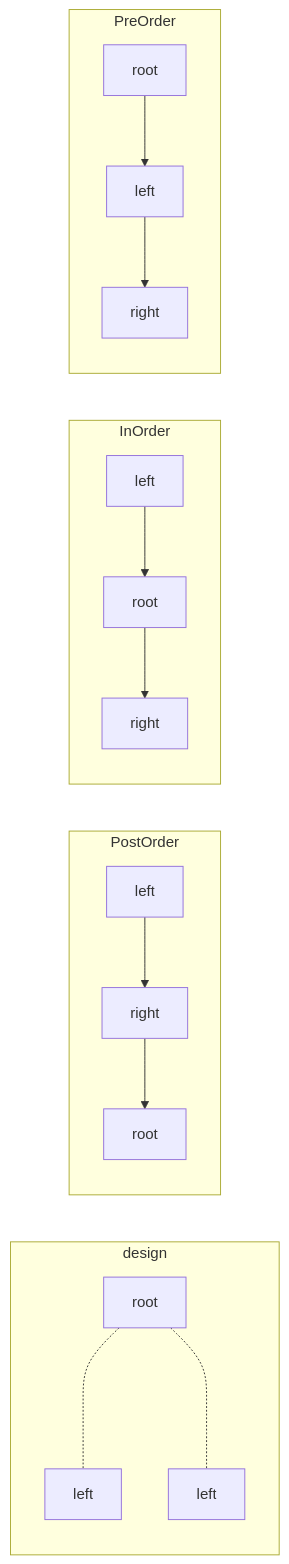
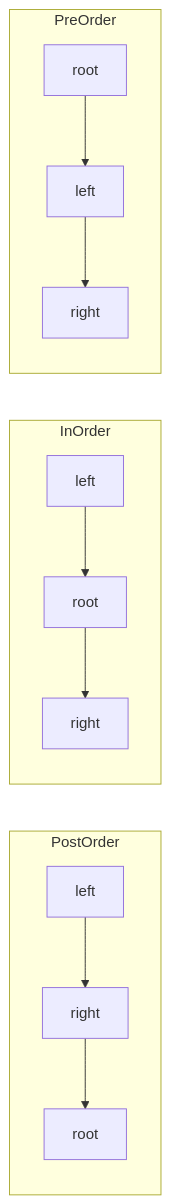
The first of 2 diagrams in binaryTree.md (fangzhzh/leetcode), drawn with Mermaid before and after one commit. The commit also changed other lines of this file and 2 other files, not shown here.

Commit message:
add graph

````diff
--- a/binaryTree.md
+++ b/binaryTree.md
@@ -13,21 +16,17 @@
 ```mermaid
 
 graph LR
-  subgraph design;
-	root0[root]-..-left0[left];
-	root0[root]-..-right0[left];
-  end;	
   subgraph PostOrder ;
 	right2[right] --> root2[root];
 	left2[left] --> right2[right];
   end;
   subgraph InOrder;
 	left --> root;
 	root --> right;
   end;
   subgraph PreOrder;
 	root1[root] --> left1[left];
 	left1[left] --> right1[right];
   end;
 
 ```
````
